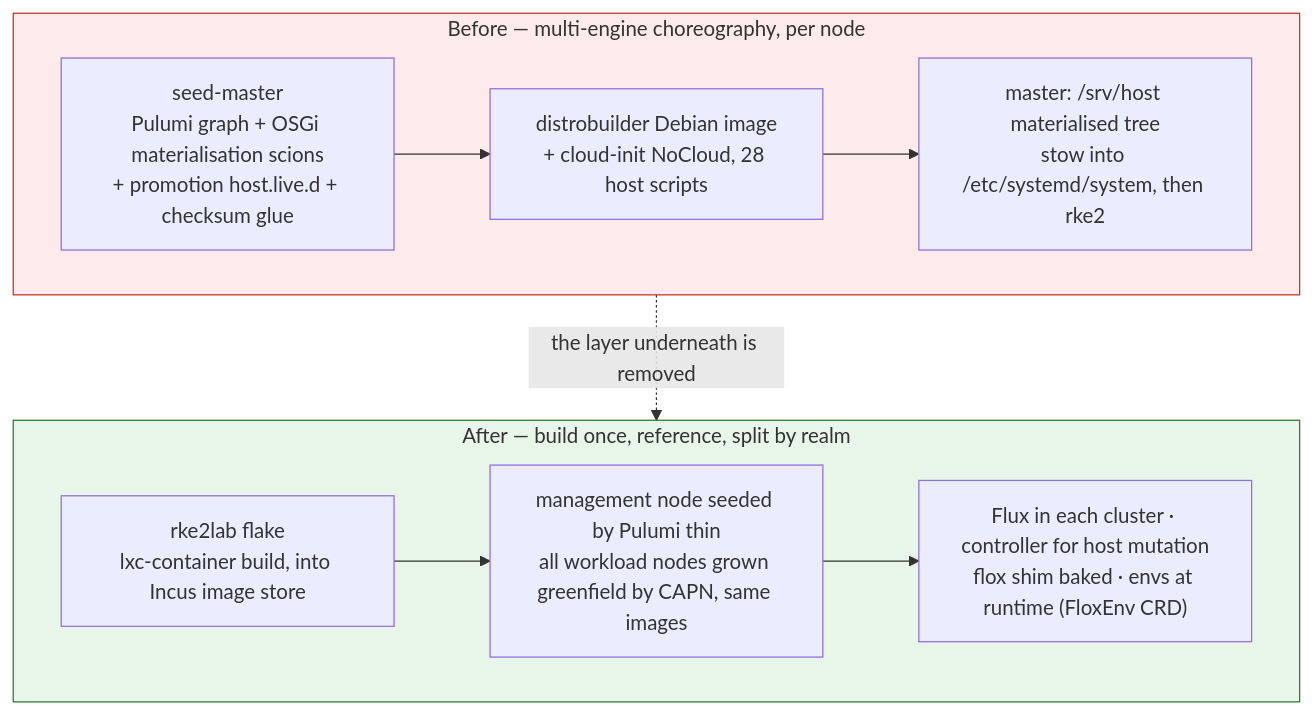
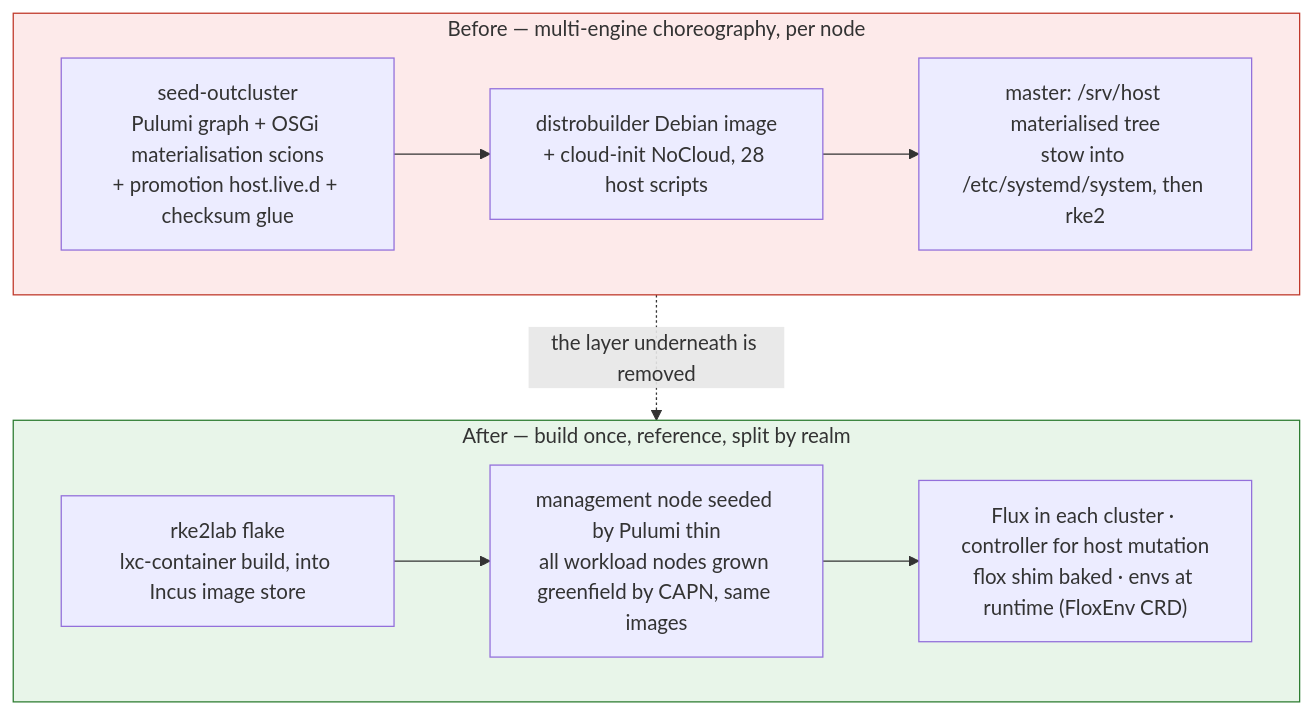
Before and after one commit to seedmatic/rke2lab: the first of 4 diagrams in docs/architecture/atlas/nixos-substrate.adoc, drawn with Mermaid. The commit also changed other lines of this file and 160 other files, not shown here.

First line of the commit message:
refactor(exec)!: `seed-master` → `seed-outcluster`, one axis for the whole chain

```diff
--- a/docs/architecture/atlas/nixos-substrate.adoc
+++ b/docs/architecture/atlas/nixos-substrate.adoc
@@ -29,20 +29,20 @@
 [mermaid]
 ----
 flowchart TB
   subgraph BEFORE[Before — multi-engine choreography, per node]
-    b1["seed-master<br/>Pulumi graph + OSGi materialisation scions<br/>+ promotion host.live.d + checksum glue"]
+    b1["seed-outcluster<br/>Pulumi graph + OSGi materialisation scions<br/>+ promotion host.live.d + checksum glue"]
     b2["distrobuilder Debian image<br/>+ cloud-init NoCloud, 28 host scripts"]
     b3["master: /srv/host materialised tree<br/>stow into /etc/systemd/system, then rke2"]
     b1 --> b2 --> b3
   end
   subgraph AFTER[After — build once, reference, split by realm]
     a1["rke2lab flake<br/>lxc-container build, into Incus image store"]
     a2["management node seeded by Pulumi thin<br/>all workload nodes grown greenfield by CAPN, same images"]
     a3["Flux in each cluster · controller for host mutation<br/>flox shim baked · envs at runtime (FloxEnv CRD)"]
     a1 --> a2 --> a3
   end
   BEFORE -.the layer underneath is removed.-> AFTER
 
   style BEFORE fill:#fdeaea,stroke:#c0392b
   style AFTER fill:#e8f5e9,stroke:#2e7d32
 ----
```
